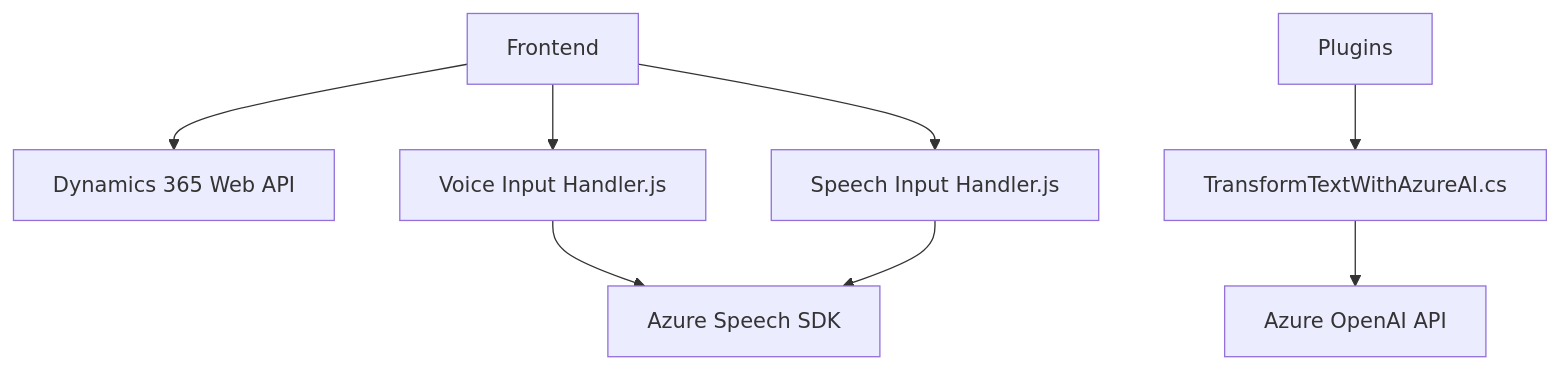
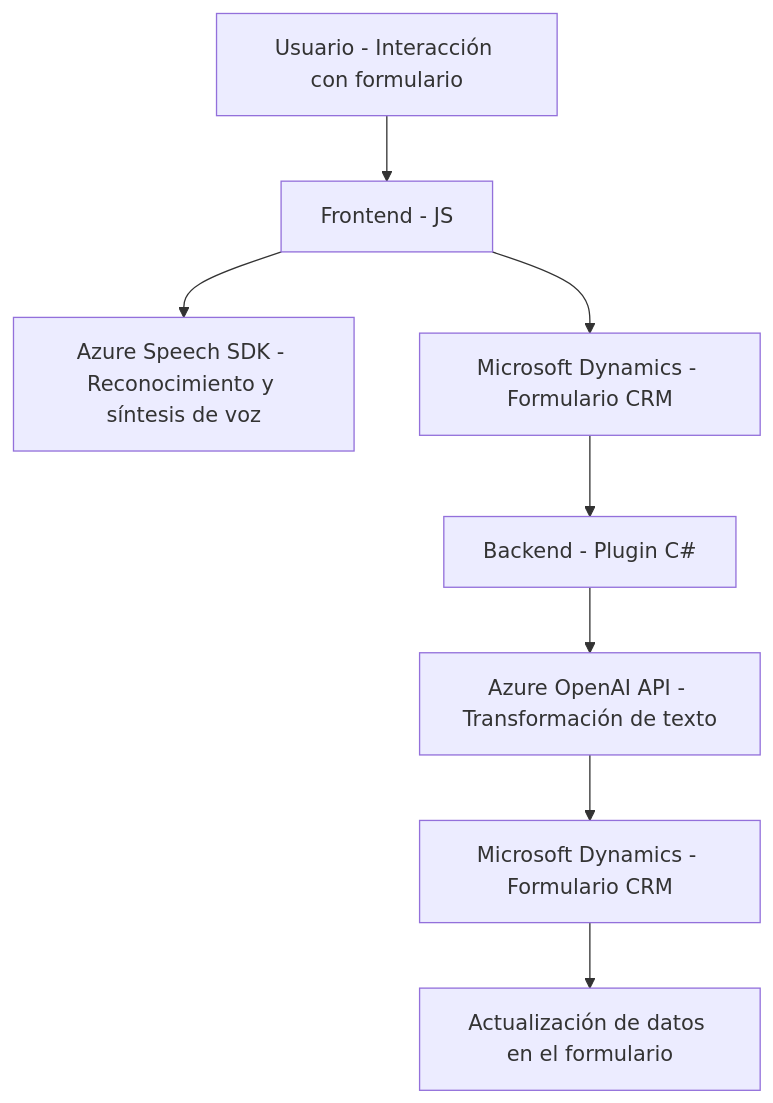
Before and after one commit to blopezdm/NETCORE_BILBAO2025: the diagram in README.md, drawn with Mermaid. The commit also changed other lines of this file, not shown here.

Commit message:
Actualizar análisis global de la solución con IA

````diff
--- a/README.md
+++ b/README.md
@@ -47,19 +26,10 @@
 ```mermaid
 graph TD
-    A["Frontend"]
-    B["Azure Speech SDK"]
-    C["Dynamics 365 Web API"]
-    D["Voice Input Handler.js"]
-    E["Speech Input Handler.js"]
-    F["Plugins"]
-    G["TransformTextWithAzureAI.cs"]
-    H["Azure OpenAI API"]
-
-    A --> D
-    A --> E
-    D --> B
-    E --> B
-    A --> C
-    F --> G
-    G --> H
+  A["Usuario - Interacción con formulario"] --> B["Frontend - JS"]
+  B["Frontend - JS"] --> C["Azure Speech SDK - Reconocimiento y síntesis de voz"]
+  B["Frontend - JS"] --> D["Microsoft Dynamics - Formulario CRM"]
+  D["Microsoft Dynamics - Formulario CRM"] --> E["Backend - Plugin C#"]
+  E["Backend - Plugin C#"] --> F["Azure OpenAI API - Transformación de texto"]
+  F["Azure OpenAI API - Transformación de texto"] --> G["Microsoft Dynamics - Formulario CRM"]
+  G["Microsoft Dynamics - Formulario CRM"] --> H["Actualización de datos en el formulario"]
 ```
````
